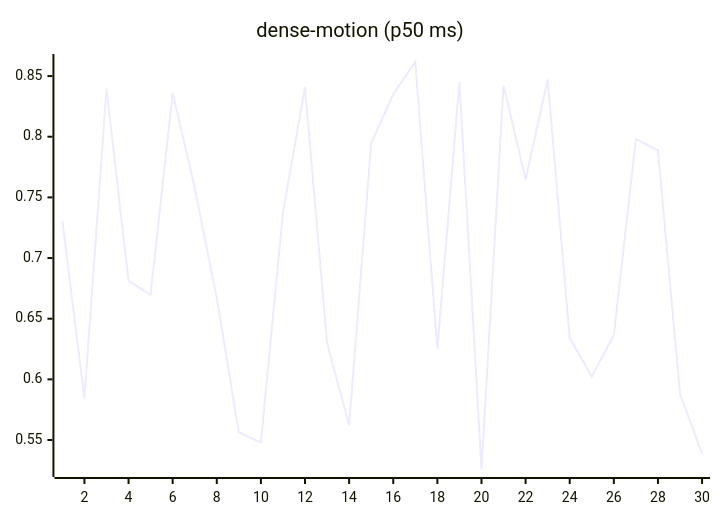
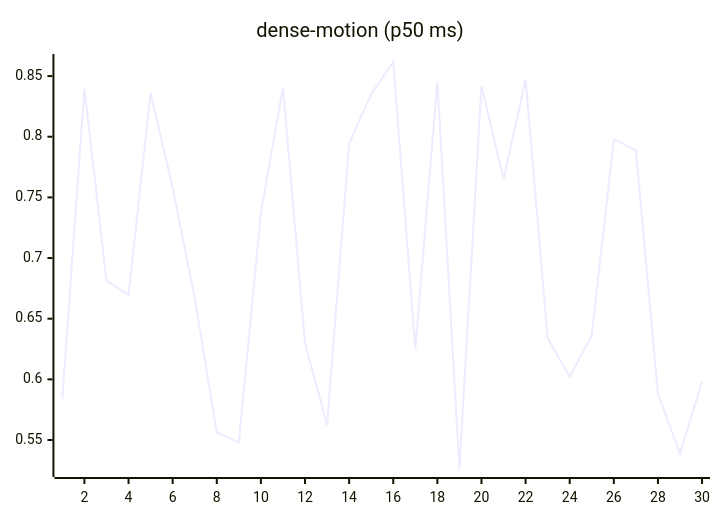
One commit to josha/Facet changed the ninth of 27 diagrams in README.md. Above: the diagram before and after it, drawn with Mermaid. The commit also changed other lines of this file and 2 other files, not shown here.

````diff
--- a/README.md
+++ b/README.md
@@ -119,6 +119,6 @@
 ```mermaid
 xychart-beta
     title "dense-motion (p50 ms)"
     x-axis 1 --> 30
-    line [0.7307, 0.5841, 0.8396, 0.6811, 0.6696, 0.8361, 0.7579, 0.6670, 0.5564, 0.5479, 0.7374, 0.8407, 0.6299, 0.5623, 0.7946, 0.8350, 0.8616, 0.6249, 0.8453, 0.5261, 0.8424, 0.7649, 0.8471, 0.6340, 0.6023, 0.6364, 0.7981, 0.7888, 0.5881, 0.5388]
+    line [0.5841, 0.8396, 0.6811, 0.6696, 0.8361, 0.7579, 0.6670, 0.5564, 0.5479, 0.7374, 0.8407, 0.6299, 0.5623, 0.7946, 0.8350, 0.8616, 0.6249, 0.8453, 0.5261, 0.8424, 0.7649, 0.8471, 0.6340, 0.6023, 0.6364, 0.7981, 0.7888, 0.5881, 0.5388, 0.5980]
 ```
````
